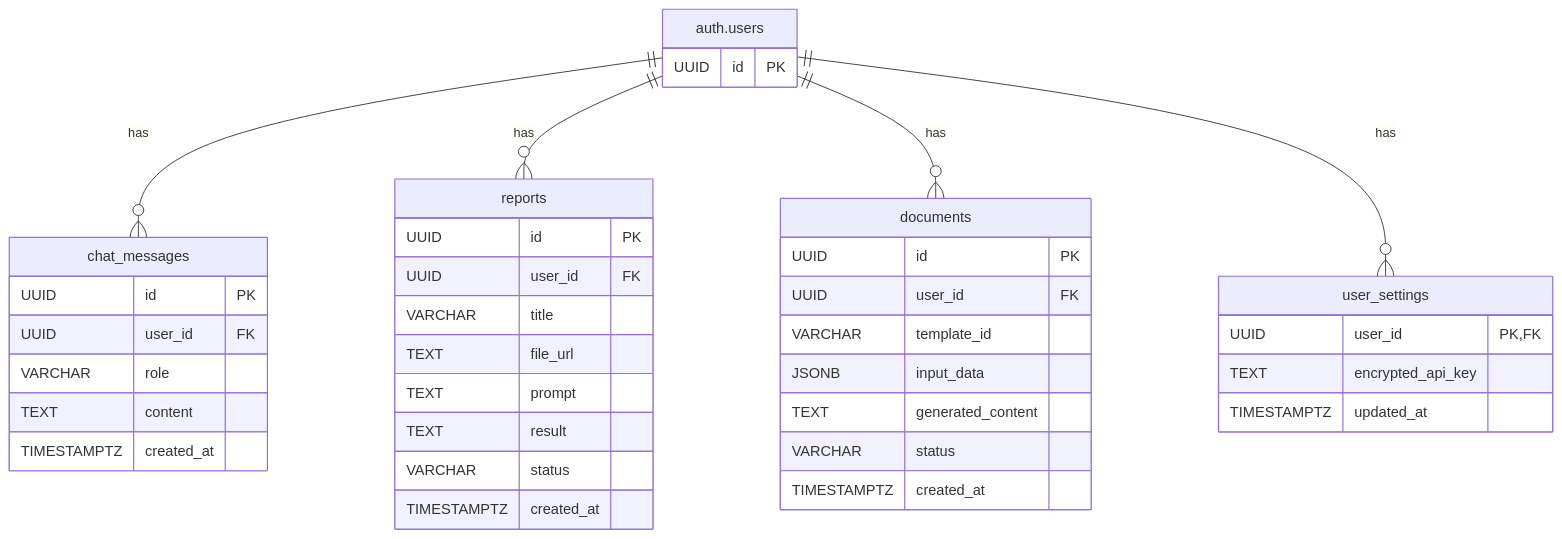
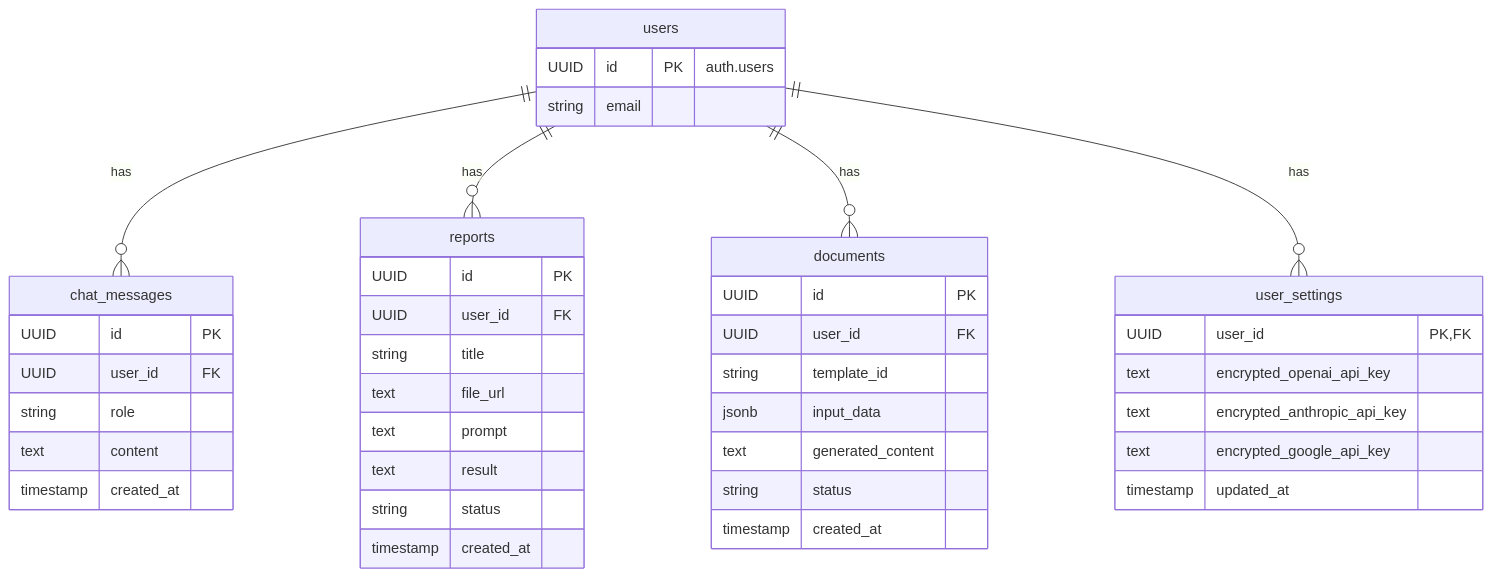
One commit to mokaland/toppa-inc changed the second of 2 diagrams in docs/tsumikiri/tech-architecture.md. Above: the diagram before and after it, drawn with Mermaid. The commit also changed other lines of this file, not shown here.

````diff
--- a/docs/tsumikiri/tech-architecture.md
+++ b/docs/tsumikiri/tech-architecture.md
@@ -54,47 +63,49 @@
 ```mermaid
 erDiagram
-    "auth.users" {
-        UUID id PK
+    users ||--o{ chat_messages : "has"
+    users ||--o{ reports : "has"
+    users ||--o{ documents : "has"
+    users ||--o{ user_settings : "has"
+
+    users {
+        UUID id PK "auth.users"
+        string email
     }
 
-    "chat_messages" {
+    chat_messages {
         UUID id PK
         UUID user_id FK
-        VARCHAR role
-        TEXT content
-        TIMESTAMPTZ created_at
+        string role
+        text content
+        timestamp created_at
     }
 
-    "reports" {
+    reports {
         UUID id PK
         UUID user_id FK
-        VARCHAR title
-        TEXT file_url
-        TEXT prompt
-        TEXT result
-        VARCHAR status
-        TIMESTAMPTZ created_at
+        string title
+        text file_url
+        text prompt
+        text result
+        string status
+        timestamp created_at
     }
 
-    "documents" {
+    documents {
         UUID id PK
         UUID user_id FK
-        VARCHAR template_id
-        JSONB input_data
-        TEXT generated_content
-        VARCHAR status
-        TIMESTAMPTZ created_at
+        string template_id
+        jsonb input_data
+        text generated_content
+        string status
+        timestamp created_at
     }
 
-    "user_settings" {
+    user_settings {
         UUID user_id PK, FK
-        TEXT encrypted_api_key
-        TIMESTAMPTZ updated_at
+        text encrypted_openai_api_key
+        text encrypted_anthropic_api_key
+        text encrypted_google_api_key
+        timestamp updated_at
     }
-
-    "auth.users" ||--o{ "chat_messages" : "has"
-    "auth.users" ||--o{ "reports" : "has"
-    "auth.users" ||--o{ "documents" : "has"
-    "auth.users" ||--o{ "user_settings" : "has"
-
 ```
````
